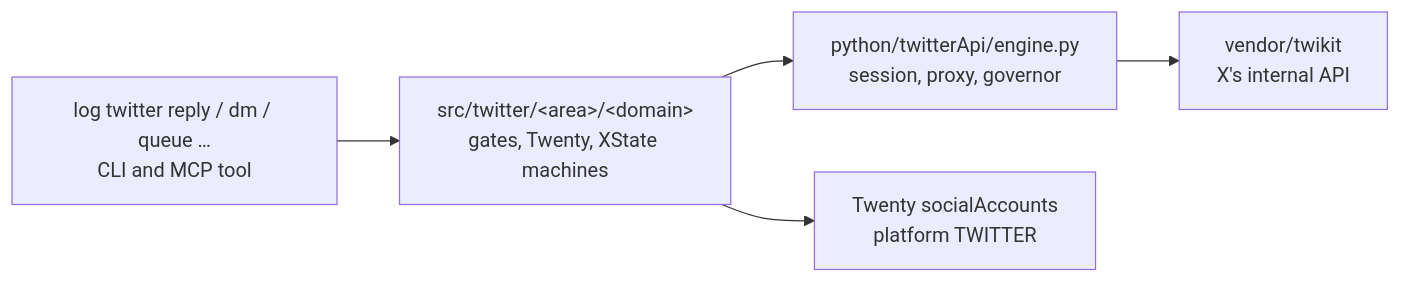
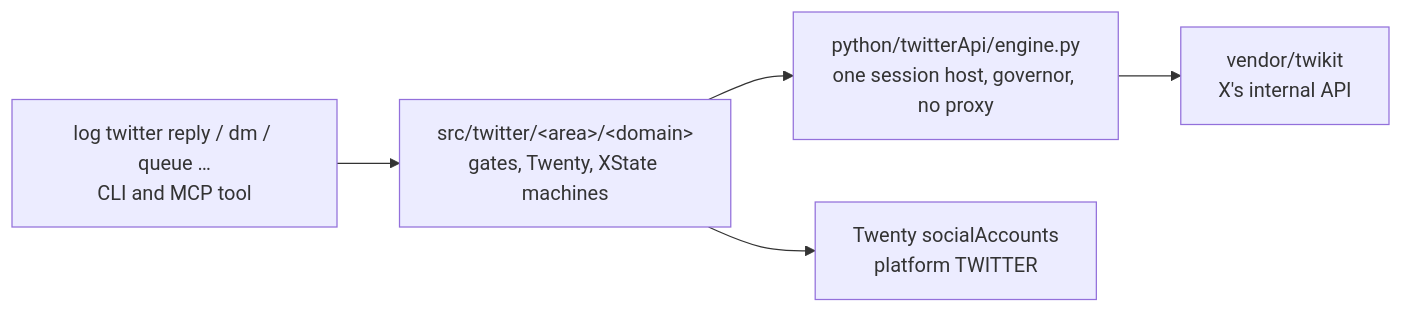
The diagram in docs/twitterPlatform.md (matthewdonsemail-lab/log), drawn with Mermaid before and after one commit. The commit also changed other lines of this file and 112 other files, not shown here.

````diff
--- a/docs/twitterPlatform.md
+++ b/docs/twitterPlatform.md
@@ -58,7 +58,7 @@
 ```mermaid
 flowchart LR
   cli["log twitter reply / dm / queue …<br/>CLI and MCP tool"] --> src["src/twitter/&lt;area&gt;/&lt;domain&gt;<br/>gates, Twenty, XState machines"]
-  src --> engine["python/twitterApi/engine.py<br/>session, proxy, governor"]
+  src --> engine["python/twitterApi/engine.py<br/>one session host, governor, no proxy"]
   engine --> twikit["vendor/twikit<br/>X's internal API"]
   src --> twenty["Twenty socialAccounts<br/>platform TWITTER"]
 ```
````
